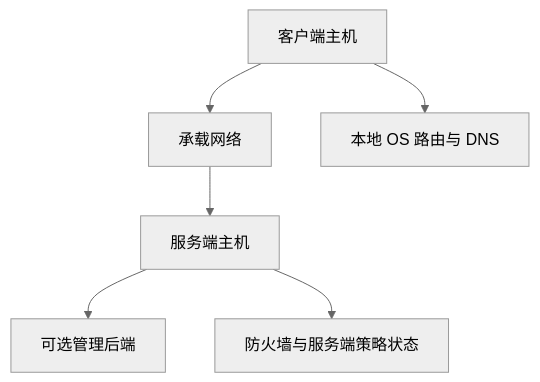
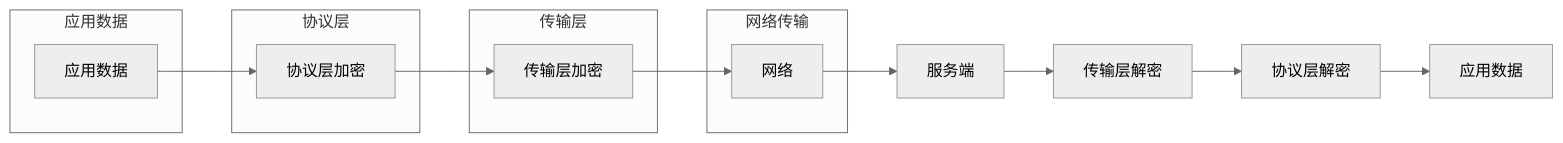
Before and after one commit to HyacinthHaru/openppp2: the third of 5 diagrams in docs/SECURITY_CN.md, drawn with Mermaid (neutral theme). The commit also changed other lines of this file and 31 other files, not shown here.

````diff
--- a/docs/SECURITY_CN.md
+++ b/docs/SECURITY_CN.md
@@ -50,8 +169,26 @@
 ```mermaid
-flowchart TD
-    A[客户端主机] --> B[承载网络]
-    B --> C[服务端主机]
-    C --> D[可选管理后端]
-    A --> E[本地 OS 路由与 DNS]
-    C --> F[防火墙与服务端策略状态]
+flowchart LR
+    subgraph 应用数据
+        A[应用数据]
+    end
+    
+    subgraph 协议层
+        B[协议层加密]
+    end
+    
+    subgraph 传输层
+        C[传输层加密]
+    end
+    
+    subgraph 网络传输
+        D[网络]
+    end
+    
+    A --> B
+    B --> C
+    C --> D
+    D --> E[服务端]
+    E --> F[传输层解密]
+    F --> G[协议层解密]
+    G --> H[应用数据]
 ```
````
